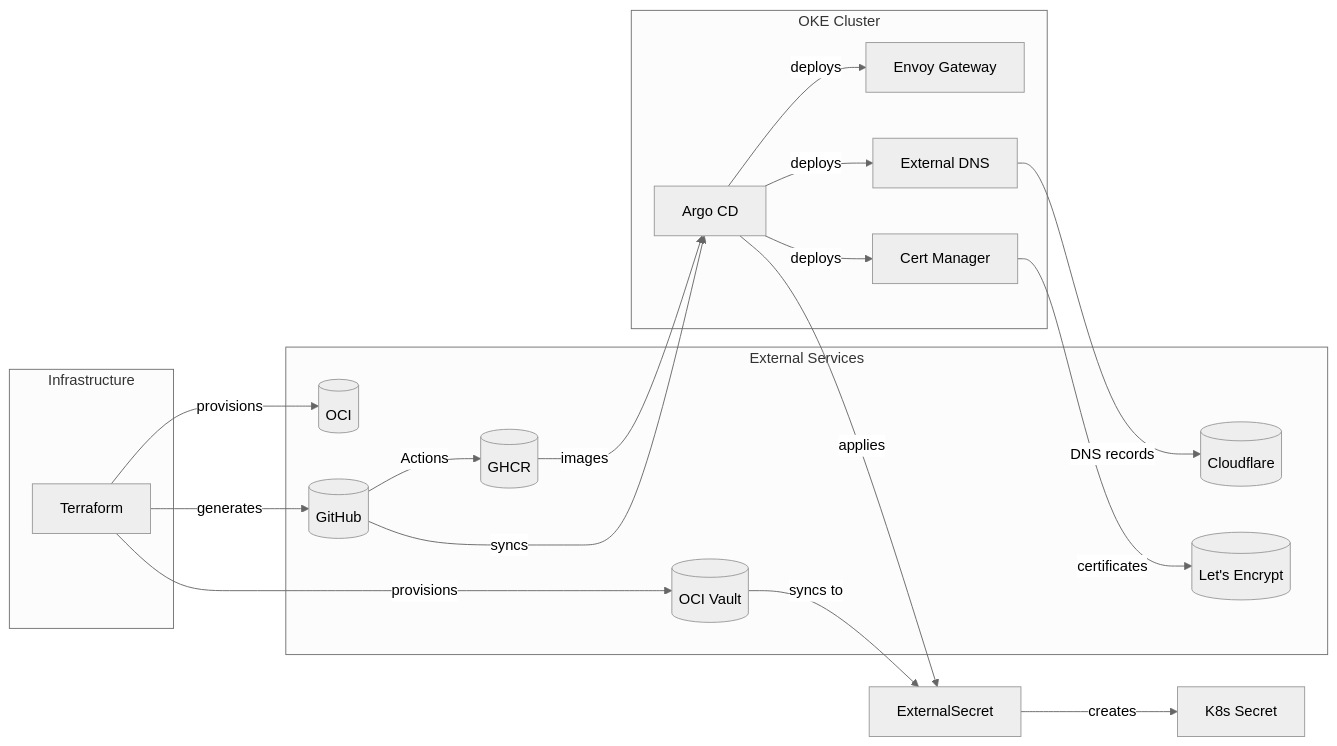
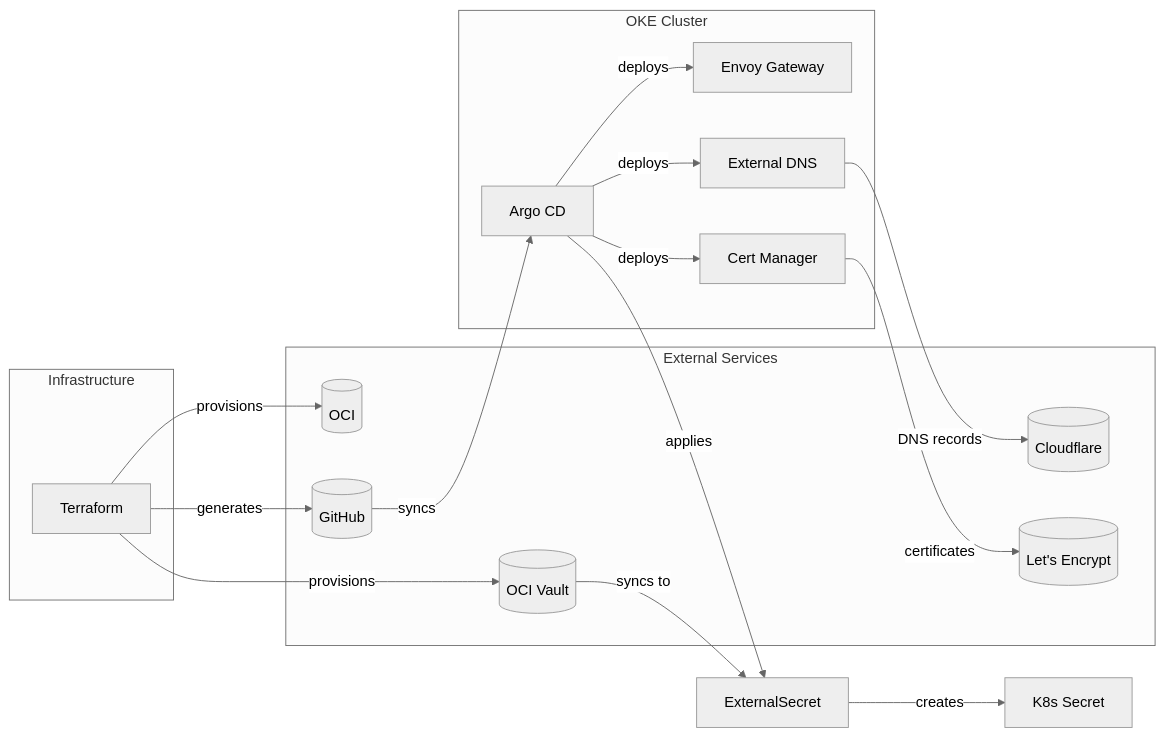
The second of 2 diagrams in README.md (nsudhanva/k8s-oracle), drawn with Mermaid (neutral theme) before and after one commit. The commit also changed other lines of this file and 2 other files, not shown here.

````diff
--- a/README.md
+++ b/README.md
@@ -71,37 +70,34 @@
 ```mermaid
 flowchart LR
     subgraph Infra["Infrastructure"]
         TF[Terraform]
     end
 
     subgraph Cluster["OKE Cluster"]
         Argo[Argo CD]
         EG[Envoy Gateway]
         CM[Cert Manager]
         ED[External DNS]
     end
 
     subgraph External["External Services"]
         OCI[(OCI)]
         GH[(GitHub)]
-        GHCR[(GHCR)]
         CFl[(Cloudflare)]
         LE[(Let's Encrypt)]
         Vault[(OCI Vault)]
     end
 
     TF -->|provisions| OCI
     TF -->|provisions| Vault
     TF -->|generates| GH
-    GH -->|Actions| GHCR
     GH -->|syncs| Argo
-    GHCR -->|images| Argo
     Argo -->|deploys| EG
     Argo -->|deploys| CM
     Argo -->|deploys| ED
     Argo -->|applies| ES[ExternalSecret]
     Vault -->|syncs to| ES
     ES -->|creates| Secret[K8s Secret]
     CM -->|certificates| LE
     ED -->|DNS records| CFl
 ```
````
